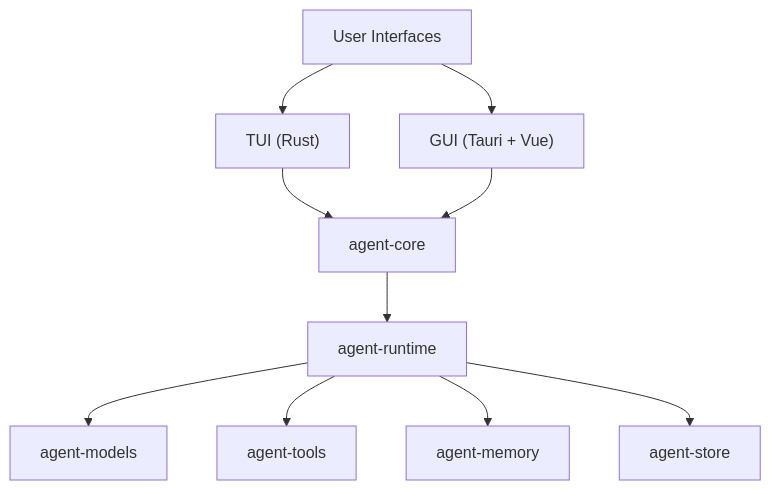
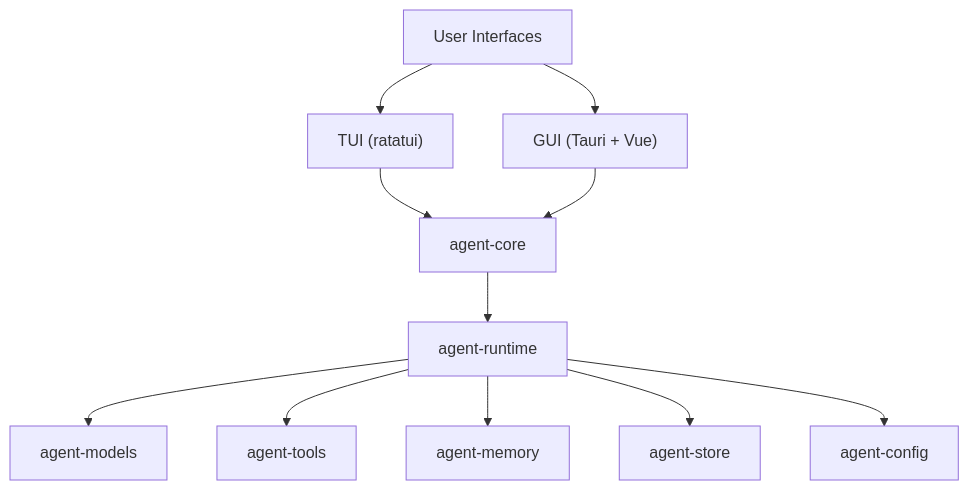
The diagram in README.md (Z-Only/kairox), drawn with Mermaid before and after one commit. The commit also changed other lines of this file and 6 other files, not shown here.

First line of the commit message:
docs: update README, ROADMAP, CONTRIBUTING, SECURITY, releasing, and PR template

````diff
--- a/README.md
+++ b/README.md
@@ -26,22 +26,24 @@
 ```mermaid
 graph TD
     UI["User Interfaces"]
-    TUI["TUI (Rust)"]
+    TUI["TUI (ratatui)"]
     GUI["GUI (Tauri + Vue)"]
     CORE["agent-core"]
     RUNTIME["agent-runtime"]
     MODELS["agent-models"]
     TOOLS["agent-tools"]
     MEMORY["agent-memory"]
     STORE["agent-store"]
+    CONFIG["agent-config"]
 
     UI --> TUI
     UI --> GUI
     TUI --> CORE
     GUI --> CORE
     CORE --> RUNTIME
     RUNTIME --> MODELS
     RUNTIME --> TOOLS
     RUNTIME --> MEMORY
     RUNTIME --> STORE
+    RUNTIME --> CONFIG
 ```
````
